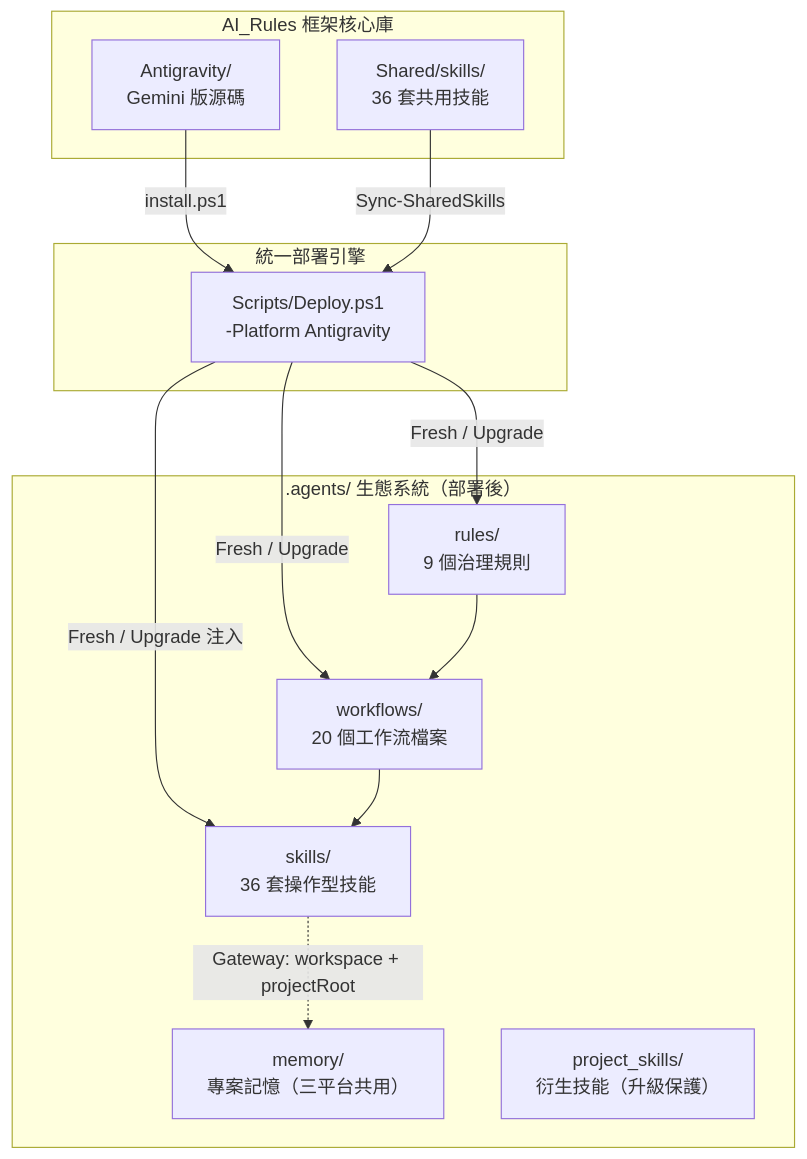
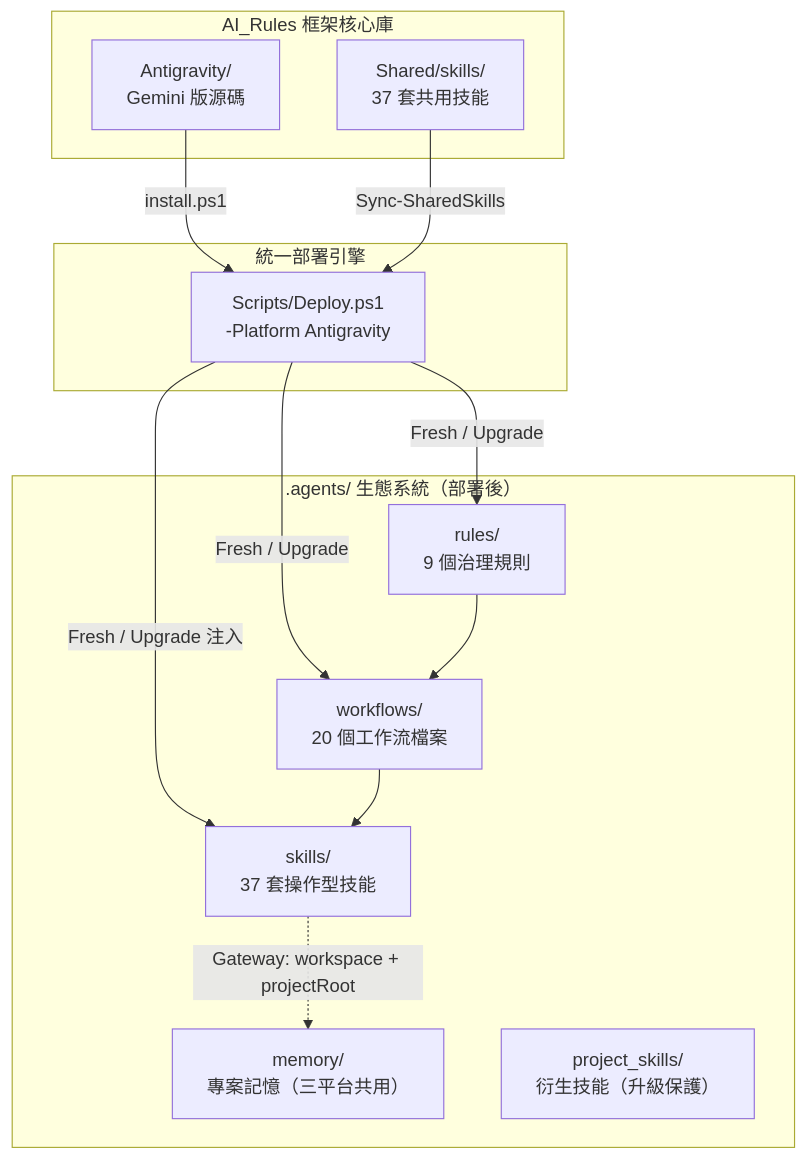
One commit to Kunshao1117/AI_Rules changed the first of 3 diagrams in Antigravity/README.md. Above: the diagram before and after it, drawn with Mermaid. The commit also changed other lines of this file and 91 other files, not shown here.

````diff
--- a/Antigravity/README.md
+++ b/Antigravity/README.md
@@ -79,28 +79,28 @@
 ```mermaid
 graph TB
     subgraph "AI_Rules 框架核心庫"
         SRC["Antigravity/<br/>Gemini 版源碼"]
-        SH["Shared/skills/<br/>36 套共用技能"]
+        SH["Shared/skills/<br/>37 套共用技能"]
     end
 
     subgraph "統一部署引擎"
         DEPLOY["Scripts/Deploy.ps1<br/>-Platform Antigravity"]
     end
 
     subgraph ".agents/ 生態系統（部署後）"
         RULES["rules/<br/>9 個治理規則"]
         WF["workflows/<br/>20 個工作流檔案"]
-        SKILLS["skills/<br/>36 套操作型技能"]
+        SKILLS["skills/<br/>37 套操作型技能"]
         MEM["memory/<br/>專案記憶（三平台共用）"]
         PROJ["project_skills/<br/>衍生技能（升級保護）"]
     end
 
     SRC -->|"install.ps1"| DEPLOY
     SH -->|"Sync-SharedSkills"| DEPLOY
     DEPLOY -->|"Fresh / Upgrade"| RULES
     DEPLOY -->|"Fresh / Upgrade"| WF
     DEPLOY -->|"Fresh / Upgrade 注入"| SKILLS
     RULES --> WF
     WF --> SKILLS
     SKILLS -.->|"Gateway: workspace + projectRoot"| MEM
 ```
````
